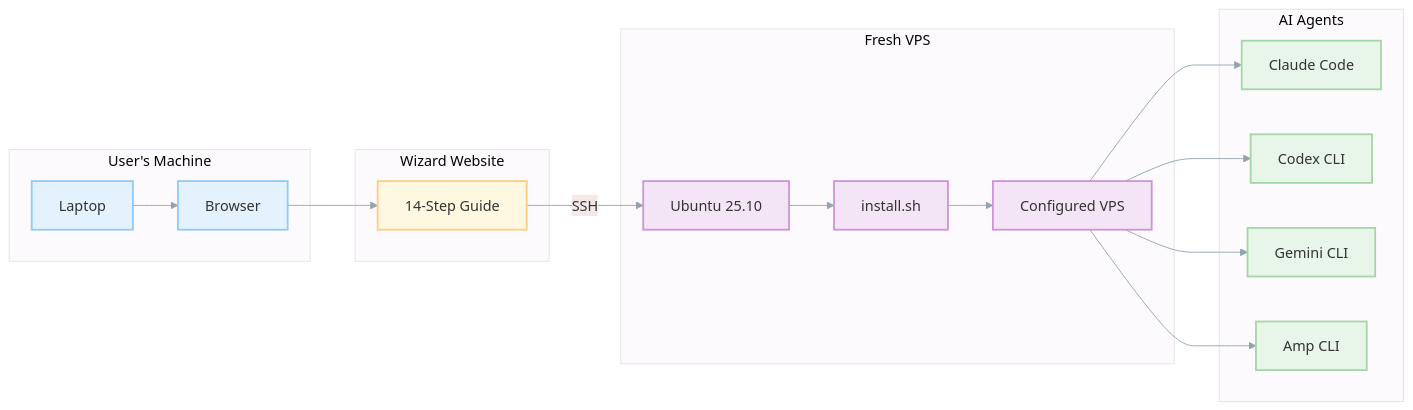
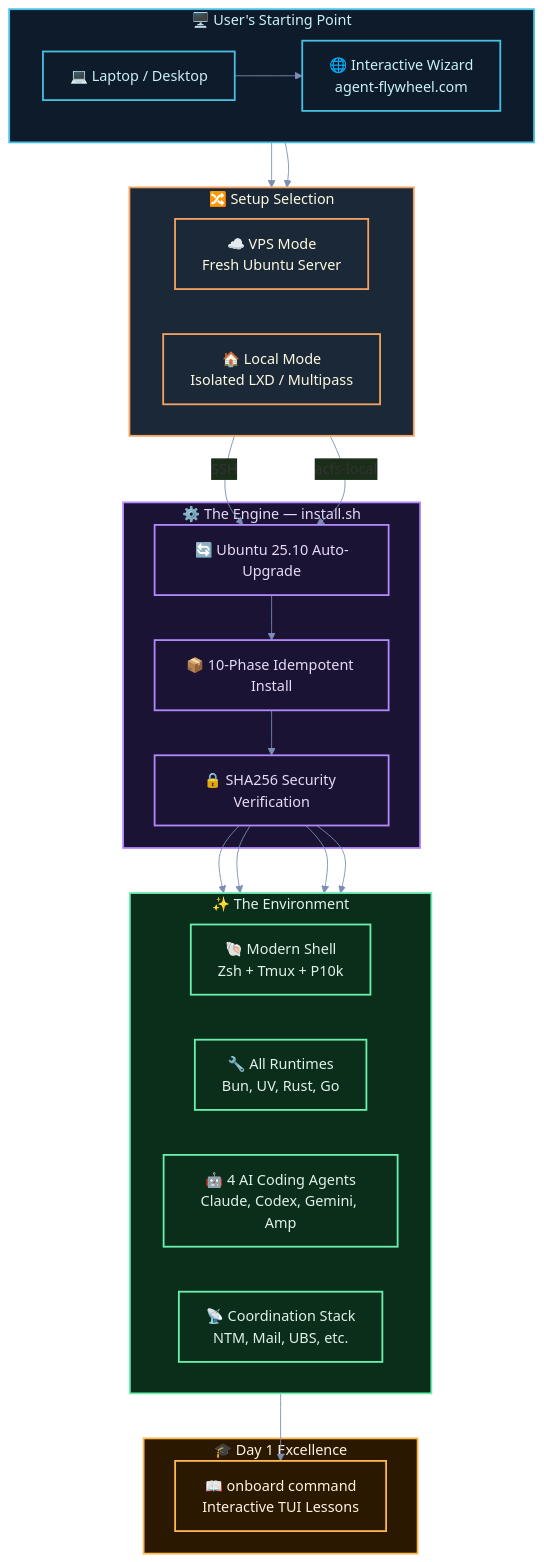
One commit to deepakdgupta1/agentic-coding changed the first of 3 diagrams in README.md. Above: the diagram before and after it, drawn with Mermaid. The commit also changed other lines of this file, not shown here.

Commit message:
refactor: Enhance README with updated and more detailed Mermaid diagrams and minor formatting improvements for readability.

````diff
--- a/README.md
+++ b/README.md
@@ -118,46 +129,68 @@
 ```mermaid
-graph LR
-    %%{init: {'theme': 'base', 'themeVariables': { 'primaryColor': '#e8f5e9', 'lineColor': '#90a4ae'}}}%%
+graph TD
+    %%{init: {'theme': 'base', 'themeVariables': { 'primaryColor': '#1a1a2e', 'lineColor': '#7c8db5', 'fontFamily': 'Segoe UI, Helvetica, Arial, sans-serif'}}}%%
 
-    subgraph user ["User's Machine"]
-        LAPTOP["Laptop"]
-        BROWSER["Browser"]
+    subgraph user [" 🖥️  User's Starting Point "]
+        direction LR
+        LAPTOP["💻 Laptop / Desktop"]
+        WIZARD["🌐 Interactive Wizard\nagent-flywheel.com"]
     end
 
-    subgraph wizard ["Wizard Website"]
-        STEPS["14-Step Guide"]
+    subgraph choice [" 🔀  Setup Selection "]
+        direction LR
+        VPS["☁️ VPS Mode\nFresh Ubuntu Server"]
+        LOCAL["🏠 Local Mode\nIsolated LXD / Multipass"]
     end
 
-    subgraph vps ["Fresh VPS"]
-        UBUNTU["Ubuntu 25.10"]
-        INSTALLER["install.sh"]
-        CONFIGURED["Configured VPS"]
+    subgraph engine [" ⚙️  The Engine — install.sh "]
+        UPGRADE["🔄 Ubuntu 25.10 Auto-Upgrade"]
+        PHASES["📦 10-Phase Idempotent Install"]
+        SECURITY["🔒 SHA256 Security Verification"]
     end
 
-    subgraph agents ["AI Agents"]
-        CLAUDE["Claude Code"]
-        CODEX["Codex CLI"]
-        GEMINI["Gemini CLI"]
-        AMP["Amp CLI"]
+    subgraph results [" ✨  The Environment "]
+        direction LR
+        SHELL["🐚 Modern Shell\nZsh + Tmux + P10k"]
+        RUNTIMES["🔧 All Runtimes\nBun, UV, Rust, Go"]
+        AGENTS["🤖 4 AI Coding Agents\nClaude, Codex, Gemini, Amp"]
+        STACK["📡 Coordination Stack\nNTM, Mail, UBS, etc."]
     end
 
-    LAPTOP --> BROWSER
-    BROWSER --> STEPS
-    STEPS -->|SSH| UBUNTU
-    UBUNTU --> INSTALLER
-    INSTALLER --> CONFIGURED
-    CONFIGURED --> CLAUDE
-    CONFIGURED --> CODEX
-    CONFIGURED --> GEMINI
-    CONFIGURED --> AMP
+    subgraph proficiency [" 🎓  Day 1 Excellence "]
+        ONBOARD["📖 onboard command\nInteractive TUI Lessons"]
+    end
 
-    classDef user fill:#e3f2fd,stroke:#90caf9,stroke-width:2px
-    classDef wizard fill:#fff8e1,stroke:#ffcc80,stroke-width:2px
-    classDef vps fill:#f3e5f5,stroke:#ce93d8,stroke-width:2px
-    classDef agent fill:#e8f5e9,stroke:#a5d6a7,stroke-width:2px
+    LAPTOP --> WIZARD
+    WIZARD --> VPS
+    WIZARD --> LOCAL
 
-    class LAPTOP,BROWSER user
-    class STEPS wizard
-    class UBUNTU,INSTALLER,CONFIGURED vps
-    class CLAUDE,CODEX,GEMINI,AMP agent
+    VPS -- "SSH" --> UPGRADE
+    LOCAL -- "acfs-local" --> UPGRADE
+
+    UPGRADE --> PHASES
+    PHASES --> SECURITY
+    SECURITY --> SHELL
+    SECURITY --> RUNTIMES
+    SECURITY --> AGENTS
+    SECURITY --> STACK
+
+    SHELL --> ONBOARD
+
+    classDef user fill:#0d1b2a,stroke:#48bfe3,stroke-width:2px,color:#caf0f8
+    classDef path fill:#1b2838,stroke:#f4a261,stroke-width:2px,color:#fefae0
+    classDef installer fill:#1a1333,stroke:#b388ff,stroke-width:2px,color:#e8daf5
+    classDef env fill:#0b2e1a,stroke:#69f0ae,stroke-width:2px,color:#e0f2e9
+    classDef mastery fill:#2a1800,stroke:#ffb74d,stroke-width:2px,color:#fff3e0
+
+    class LAPTOP,WIZARD user
+    class VPS,LOCAL path
+    class UPGRADE,PHASES,SECURITY installer
+    class SHELL,RUNTIMES,AGENTS,STACK env
+    class ONBOARD mastery
+
+    style user fill:#0d1b2a,stroke:#48bfe3,stroke-width:2px,color:#caf0f8
+    style choice fill:#1b2838,stroke:#f4a261,stroke-width:2px,color:#fefae0
+    style engine fill:#1a1333,stroke:#b388ff,stroke-width:2px,color:#e8daf5
+    style results fill:#0b2e1a,stroke:#69f0ae,stroke-width:2px,color:#e0f2e9
+    style proficiency fill:#2a1800,stroke:#ffb74d,stroke-width:2px,color:#fff3e0
 ```
````
